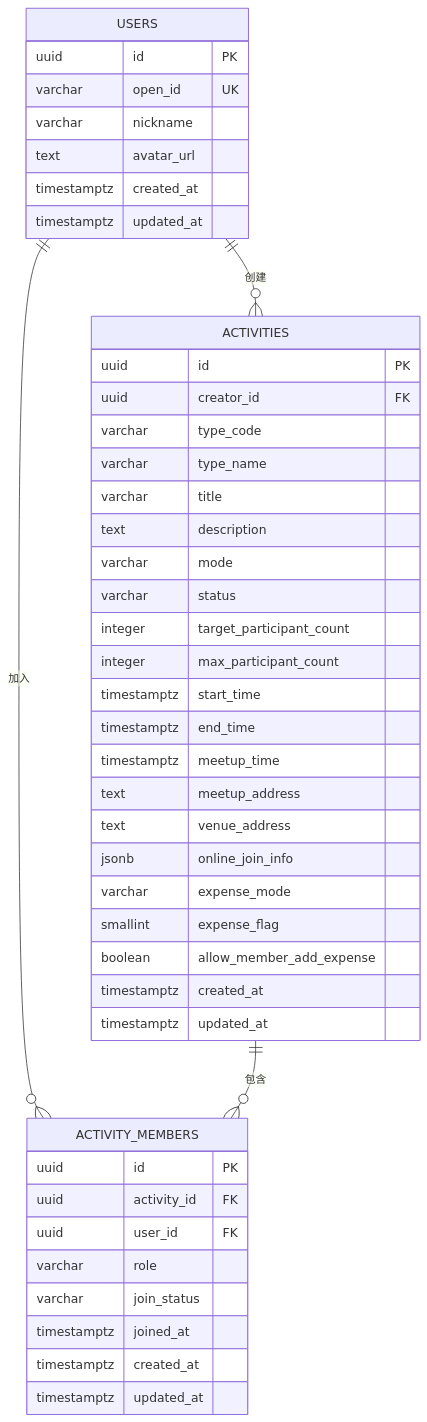
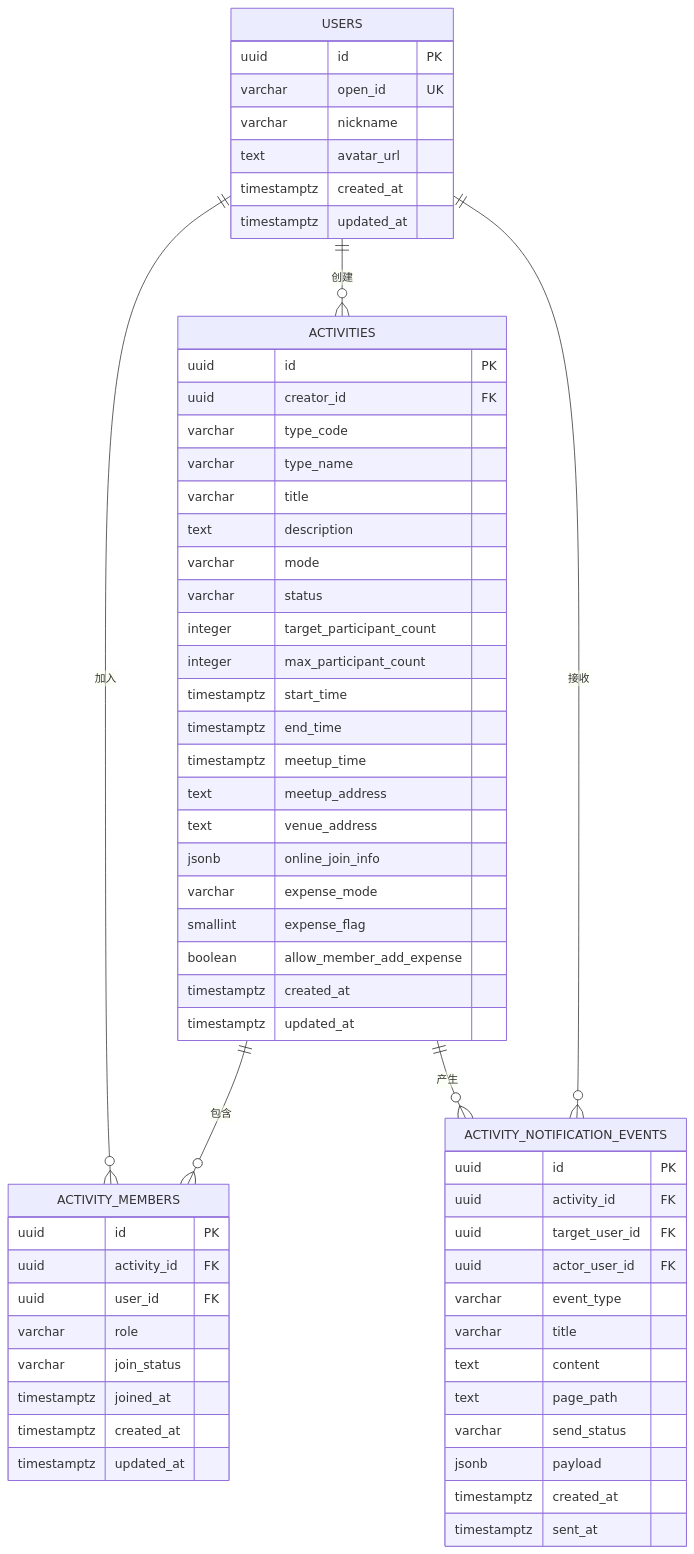
One commit to cwxiao/zugeju changed the ninth of 9 diagrams in .qoder/repowiki/zh/content/后端开发/活动管理模块/活动管理模块.md. Above: the diagram before and after it, drawn with Mermaid. The commit also changed other lines of this file and 72 other files, not shown here.

First line of the commit message:
前端：将UI资源装饰图融入各页面，提升视觉丰富度

````diff
--- a/.qoder/repowiki/zh/content/后端开发/活动管理模块/活动管理模块.md
+++ b/.qoder/repowiki/zh/content/后端开发/活动管理模块/活动管理模块.md
@@ -376,47 +451,63 @@
 ```mermaid
 erDiagram
 USERS {
 uuid id PK
 varchar open_id UK
 varchar nickname
 text avatar_url
 timestamptz created_at
 timestamptz updated_at
 }
 ACTIVITIES {
 uuid id PK
 uuid creator_id FK
 varchar type_code
 varchar type_name
 varchar title
 text description
 varchar mode
 varchar status
 integer target_participant_count
 integer max_participant_count
 timestamptz start_time
 timestamptz end_time
 timestamptz meetup_time
 text meetup_address
 text venue_address
 jsonb online_join_info
 varchar expense_mode
 smallint expense_flag
 boolean allow_member_add_expense
 timestamptz created_at
 timestamptz updated_at
 }
 ACTIVITY_MEMBERS {
 uuid id PK
 uuid activity_id FK
 uuid user_id FK
 varchar role
 varchar join_status
 timestamptz joined_at
 timestamptz created_at
 timestamptz updated_at
 }
+ACTIVITY_NOTIFICATION_EVENTS {
+uuid id PK
+uuid activity_id FK
+uuid target_user_id FK
+uuid actor_user_id FK
+varchar event_type
+varchar title
+text content
+text page_path
+varchar send_status
+jsonb payload
+timestamptz created_at
+timestamptz sent_at
+}
 USERS ||--o{ ACTIVITIES : "创建"
 USERS ||--o{ ACTIVITY_MEMBERS : "加入"
 ACTIVITIES ||--o{ ACTIVITY_MEMBERS : "包含"
+ACTIVITIES ||--o{ ACTIVITY_NOTIFICATION_EVENTS : "产生"
+USERS ||--o{ ACTIVITY_NOTIFICATION_EVENTS : "接收"
 ```
````
